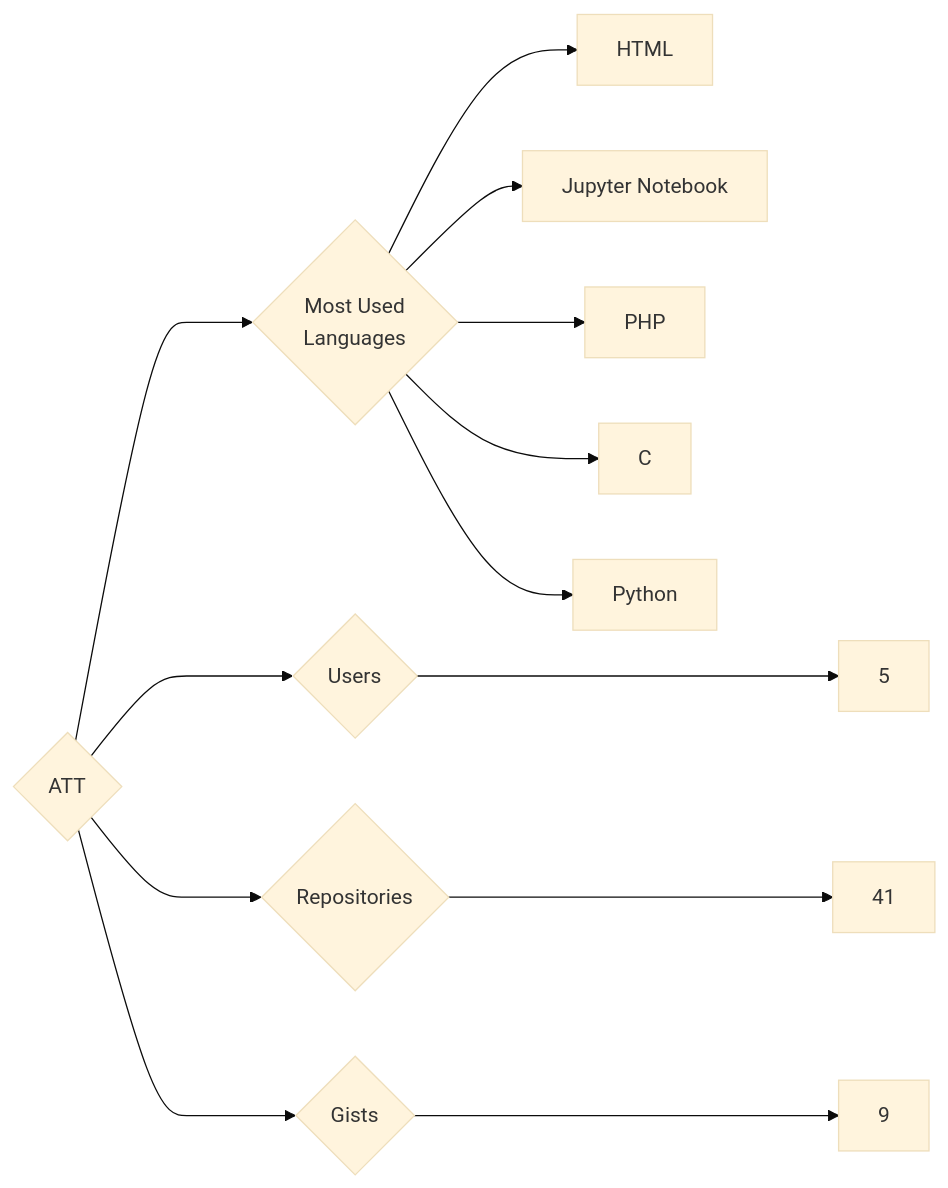
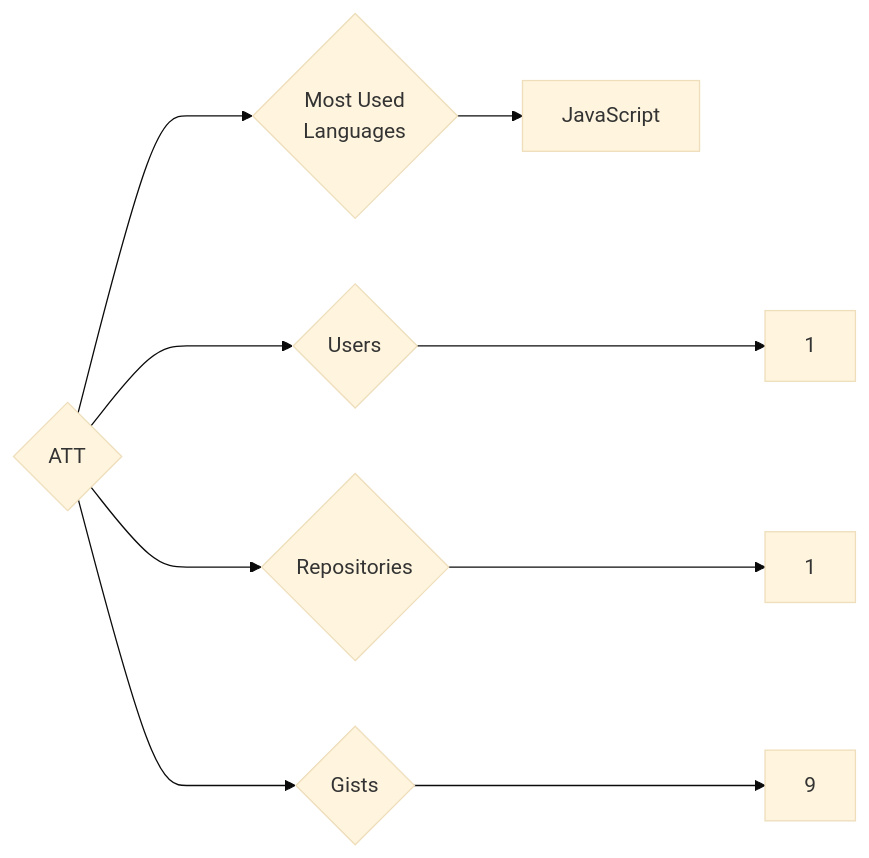
Before and after one commit to trickest/insiders: the diagram in targets/ATT/README.md, drawn with Mermaid (base theme). The commit also changed 1089 other files, not shown here.

````diff
--- a/targets/ATT/README.md
+++ b/targets/ATT/README.md
@@ -3,13 +3,9 @@
 ```mermaid
 graph LR
 COMPANY_NAME{ATT}
-COMPANY_NAME ---> U{Users} ---> UN[5]
-COMPANY_NAME ---> R{Repositories} ---> RN[41]
+COMPANY_NAME ---> U{Users} ---> UN[1]
+COMPANY_NAME ---> R{Repositories} ---> RN[1]
 COMPANY_NAME ---> G{Gists} ---> GN[9]
 COMPANY_NAME ---> ML{Most Used<br>Languages}
-ML --> HTML[HTML]
-ML --> Jupyter_Notebook[Jupyter Notebook]
-ML --> PHP[PHP]
-ML --> C[C]
-ML --> Python[Python]
+ML --> JavaScript[JavaScript]
 ```
````
